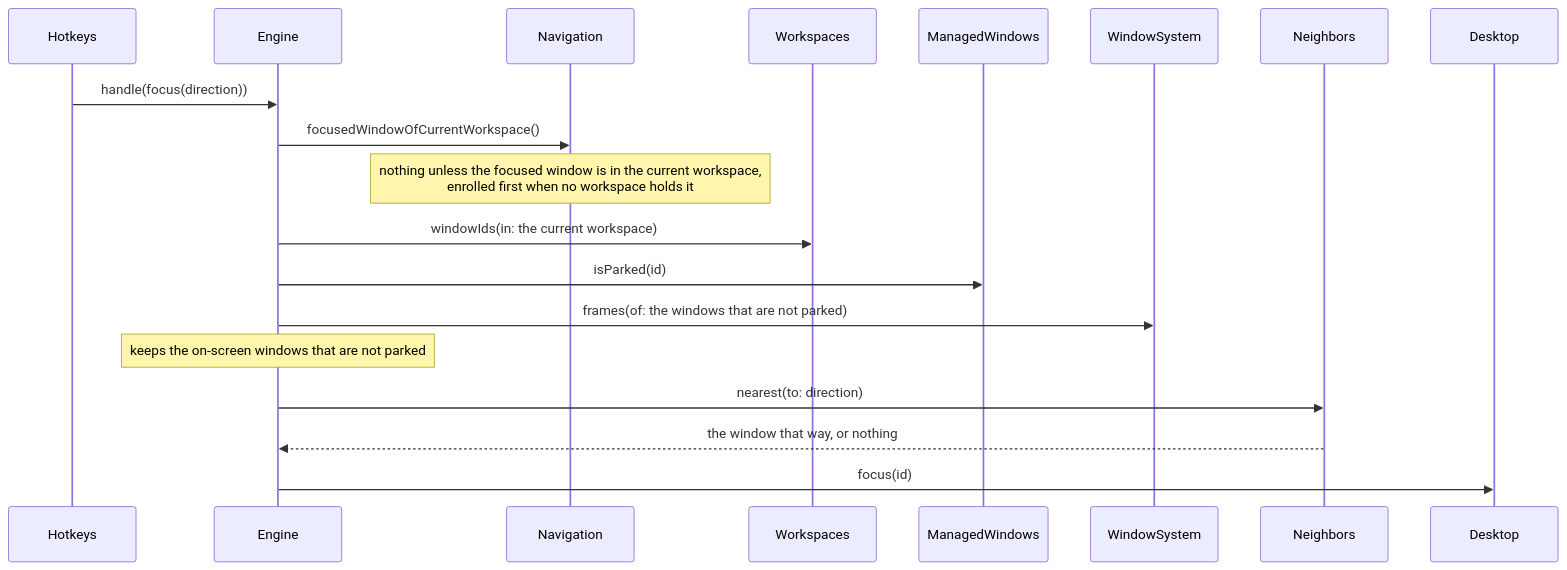
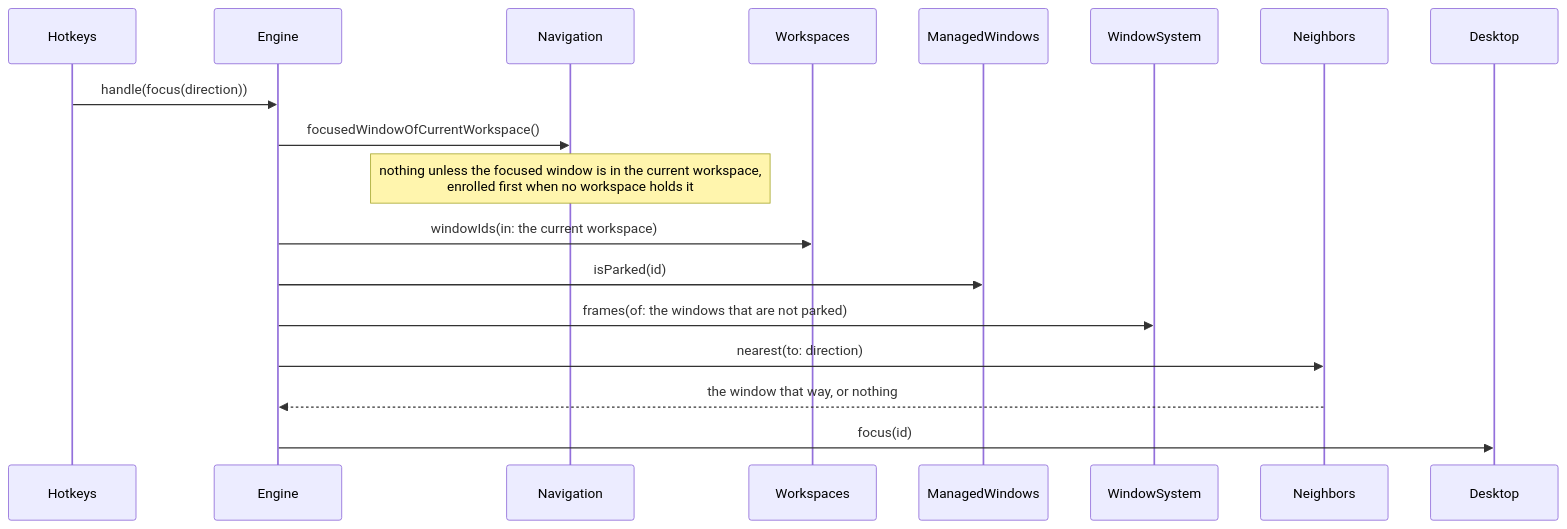
One commit to brennovich/ottowm changed the tenth of 19 diagrams in ARCHITECTURE.md. Above: the diagram before and after it, drawn with Mermaid. The commit also changed other lines of this file and 3 other files, not shown here.

````diff
--- a/ARCHITECTURE.md
+++ b/ARCHITECTURE.md
@@ -263,13 +268,12 @@
 ```mermaid
 sequenceDiagram
     Hotkeys->>Engine: handle(focus(direction))
     Engine->>Navigation: focusedWindowOfCurrentWorkspace()
     Note over Navigation: nothing unless the focused window is in the current workspace,<br/>enrolled first when no workspace holds it
     Engine->>Workspaces: windowIds(in: the current workspace)
     Engine->>ManagedWindows: isParked(id)
     Engine->>WindowSystem: frames(of: the windows that are not parked)
-    Note over Engine: keeps the on-screen windows that are not parked
     Engine->>Neighbors: nearest(to: direction)
     Neighbors-->>Engine: the window that way, or nothing
     Engine->>Desktop: focus(id)
 ```
````
